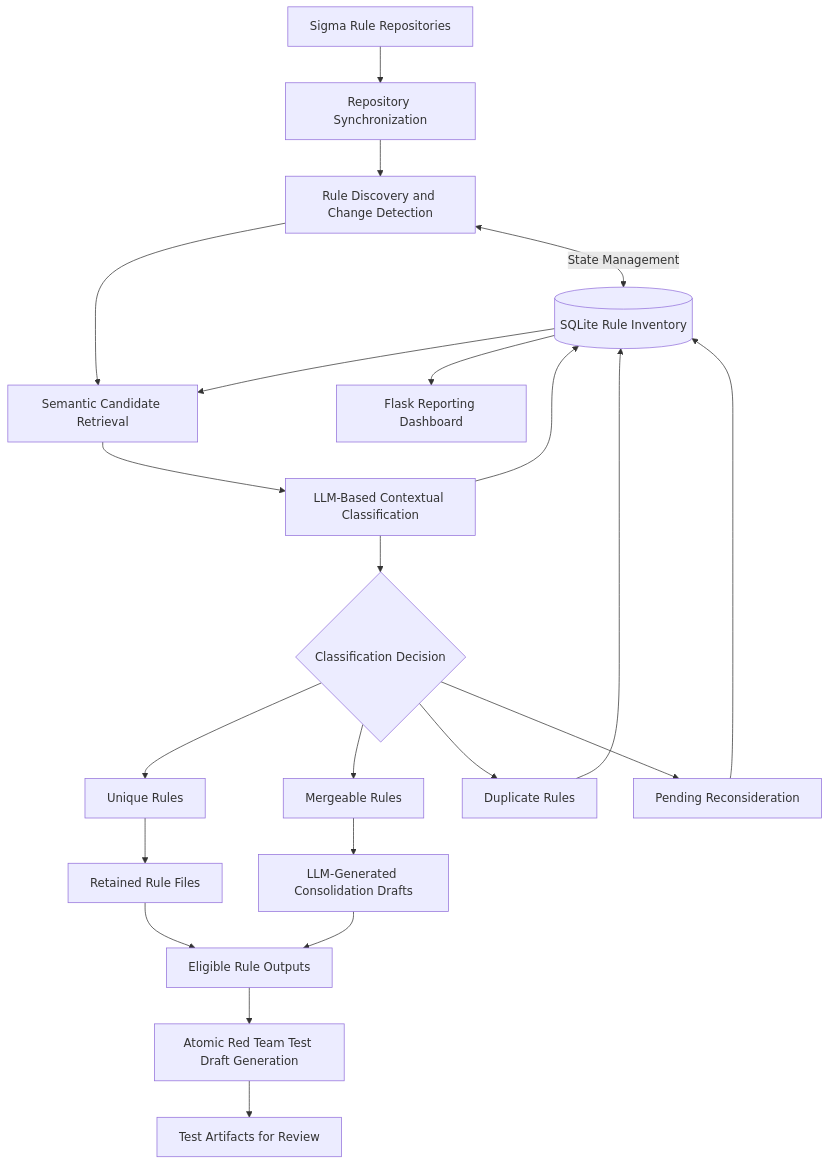
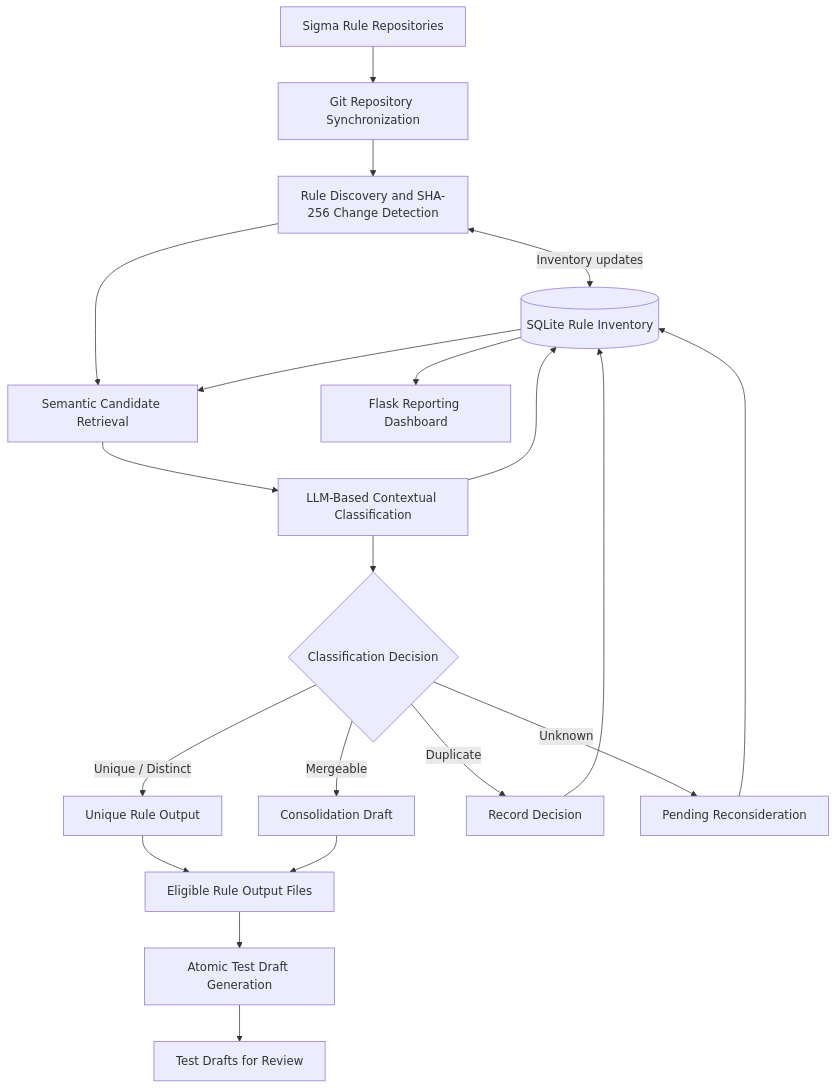
One commit to Zsaqr/Sigma-Genie-LLM-Powered-Sigma-Rule-Optimizer changed the diagram in README.md. Above: the diagram before and after it, drawn with Mermaid. The commit also changed other lines of this file, not shown here.

````diff
--- a/README.md
+++ b/README.md
@@ -105,32 +92,27 @@
 ```mermaid
 flowchart TD
-    A[Sigma Rule Repositories] --> B[Repository Synchronization]
-    B --> C[Rule Discovery and Change Detection]
+    A["Sigma Rule Repositories"] --> B["Git Repository Synchronization"]
+    B --> C["Rule Discovery and SHA-256 Change Detection"]
 
-    C <-->|State Management| DB[(SQLite Rule Inventory)]
-    C --> D[Semantic Candidate Retrieval]
+    C <-->|"Inventory updates"| DB[("SQLite Rule Inventory")]
+    C --> D["Semantic Candidate Retrieval"]
     DB --> D
 
-    D --> E[LLM-Based Contextual Classification]
+    D --> E["LLM-Based Contextual Classification"]
+    E --> DB
+    E --> F{"Classification Decision"}
 
-    E --> F{Classification Decision}
-    E --> DB
+    F -->|"Unique / Distinct"| G["Unique Rule Output"]
+    F -->|"Mergeable"| H["Consolidation Draft"]
+    F -->|"Duplicate"| I["Record Decision"]
+    F -->|"Unknown"| J["Pending Reconsideration"]
 
-    F --> G[Unique Rules]
-    F --> H[Mergeable Rules]
-    F --> I[Duplicate Rules]
-    F --> J[Pending Reconsideration]
-
-    G --> K[Retained Rule Files]
-    H --> L[LLM-Generated Consolidation Drafts]
     I --> DB
     J --> DB
+    G --> K["Eligible Rule Output Files"]
+    H --> K
+    K --> L["Atomic Test Draft Generation"]
+    L --> M["Test Drafts for Review"]
 
-    K --> M[Eligible Rule Outputs]
-    L --> M
-
-    M --> N[Atomic Red Team Test Draft Generation]
-    N --> O[Test Artifacts for Review]
-
-    DB --> P[Flask Reporting Dashboard]
+    DB --> N["Flask Reporting Dashboard"]
 ```
````
